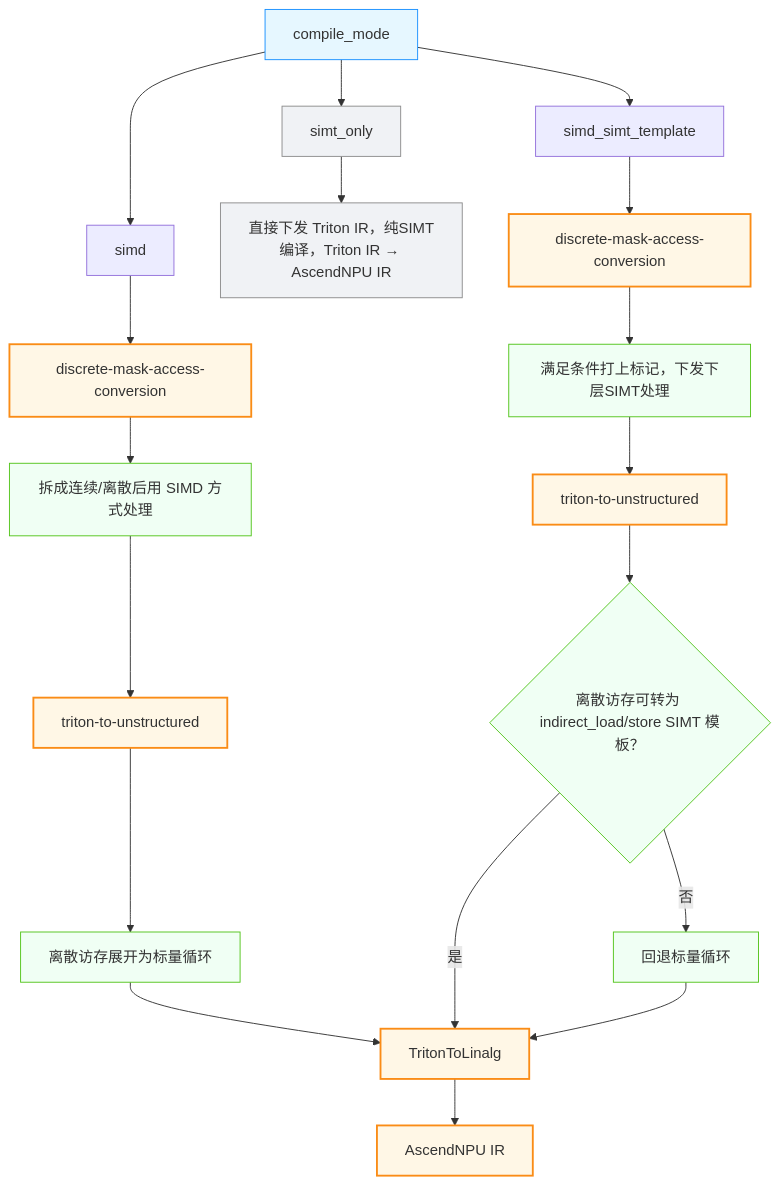
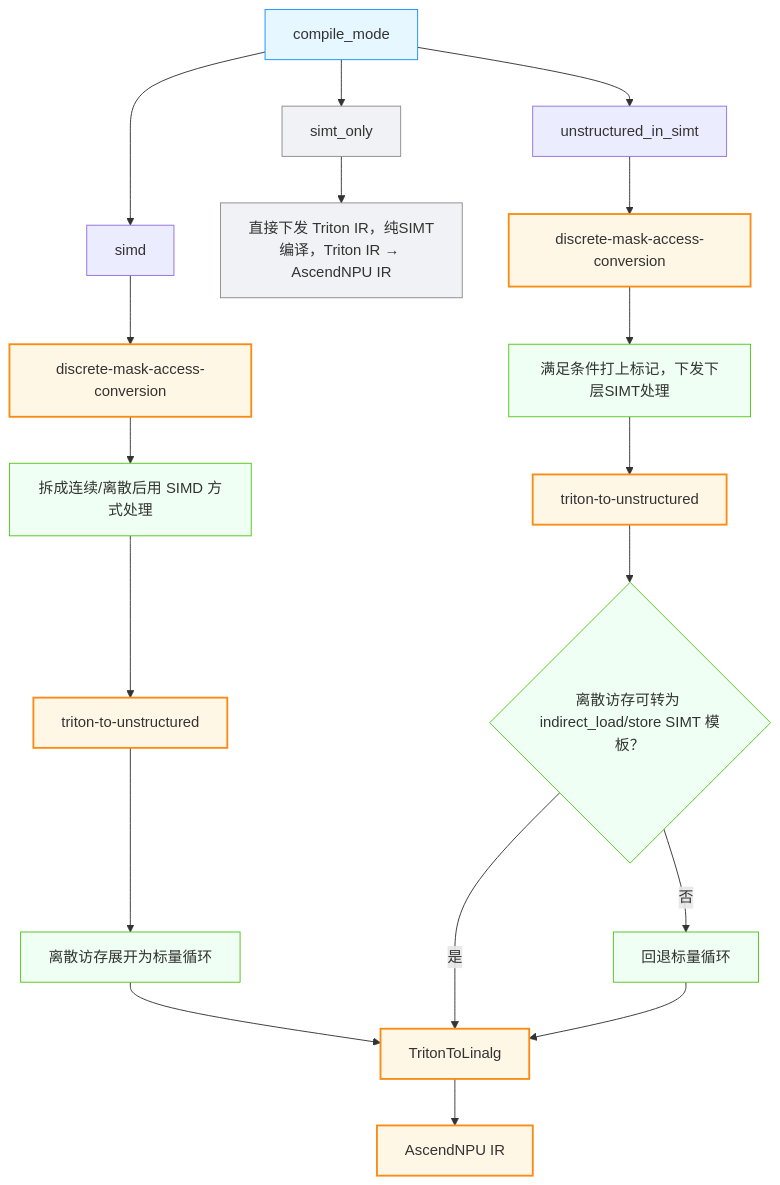
One commit to TecJesh/triton-ascend changed the diagram in docs/zh/architecture_design_and_core_features.md. Above: the diagram before and after it, drawn with Mermaid. The commit also changed other lines of this file and 249 other files, not shown here.

````diff
--- a/docs/zh/architecture_design_and_core_features.md
+++ b/docs/zh/architecture_design_and_core_features.md
@@ -243,38 +237,38 @@
 ```mermaid
 flowchart TD
     A[compile_mode] --> B["simd"]
-    A --> C["simd_simt_template"]
+    A --> C["unstructured_in_simt"]
     A --> D["simt_only"]
 
     %% simt_only 分支
     D --> D1[直接下发 Triton IR，纯SIMT编译，Triton IR → AscendNPU IR]
 
     %% simd 完整链路
     B --> B1[discrete-mask-access-conversion]
     B1 --> B2[拆成连续/离散后用 SIMD 方式处理]
     B2 --> B3[triton-to-unstructured]
     B3 --> B4[离散访存展开为标量循环]
     B4 --> B5[TritonToLinalg]
     B5 --> B6[AscendNPU IR]
 
-    %% simd_simt_template 完整链路
+    %% unstructured_in_simt 完整链路
     C --> C1[discrete-mask-access-conversion]
     C1 --> C2[满足条件打上标记，下发下层SIMT处理]
     C2 --> C3[triton-to-unstructured]
     C3 --> C4{离散访存可转为 indirect_load/store SIMT 模板？}
     C4 -- 是 --> B5
     C4 -- 否 --> C5[回退标量循环]
     C5 --> B5
 
     %% 样式定义
     classDef root fill:#e6f7ff,stroke:#1890ff
     classDef pass fill:#fff7e6,stroke:#fa8c16,stroke-width:2px
     classDef logic fill:#f0fff4,stroke:#52c41a
     classDef simtOnly fill:#f0f2f5,stroke:#8c8c8c
 
     %% 绑定样式
     class A root
     class B1,C1,B3,C3,B5,B6 pass
     class B2,B4,C2,C4,C5 logic
     class D,D1 simtOnly
 ```
````
